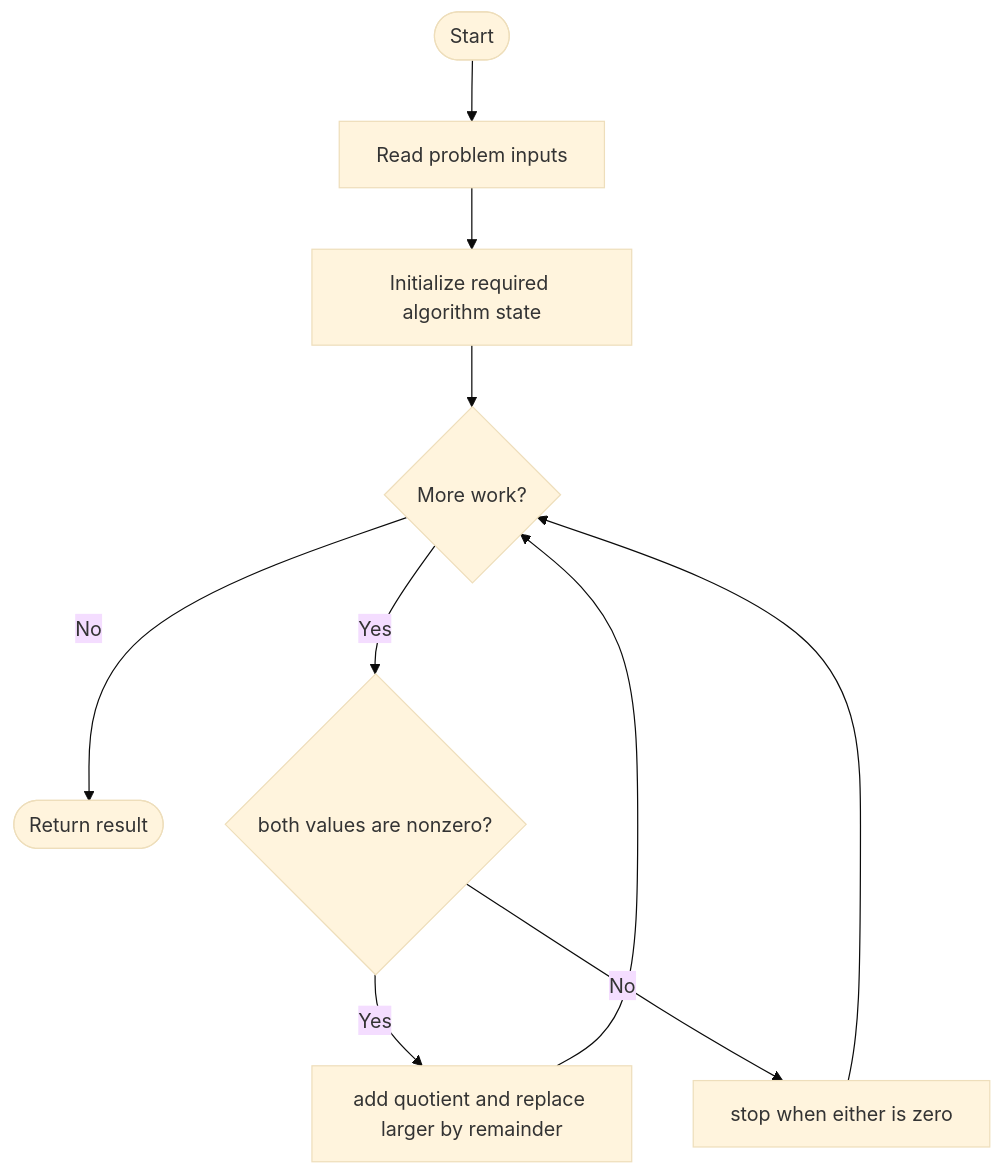
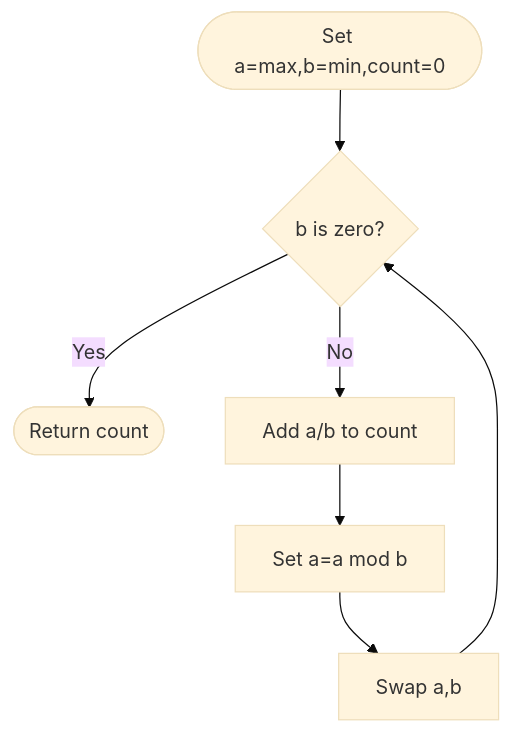
Before and after one commit to SAIDEEPBHANGE/C-CPP-Codes: the diagram in LeetCode/2169/README.md, drawn with Mermaid (base theme). The commit also changed other lines of this file and 196 other files, not shown here.

````diff
--- a/LeetCode/2169/README.md
+++ b/LeetCode/2169/README.md
@@ -13,12 +32,9 @@
 ```mermaid
 flowchart TD
-    A([Start]) --> B[Read problem inputs]
-    B --> C[Initialize required algorithm state]
-    C --> D{More work?}
-    D -- No --> Z([Return result])
-    D -- Yes --> E{both values are nonzero?}
-    E -- Yes --> F[add quotient and replace larger by remainder]
-    E -- No --> G[stop when either is zero]
-    F --> D
-    G --> D
+    A([Set a=max,b=min,count=0]) --> B{b is zero?}
+    B -- Yes --> Z([Return count])
+    B -- No --> C[Add a/b to count]
+    C --> D[Set a=a mod b]
+    D --> E[Swap a,b]
+    E --> B
 ```
````
